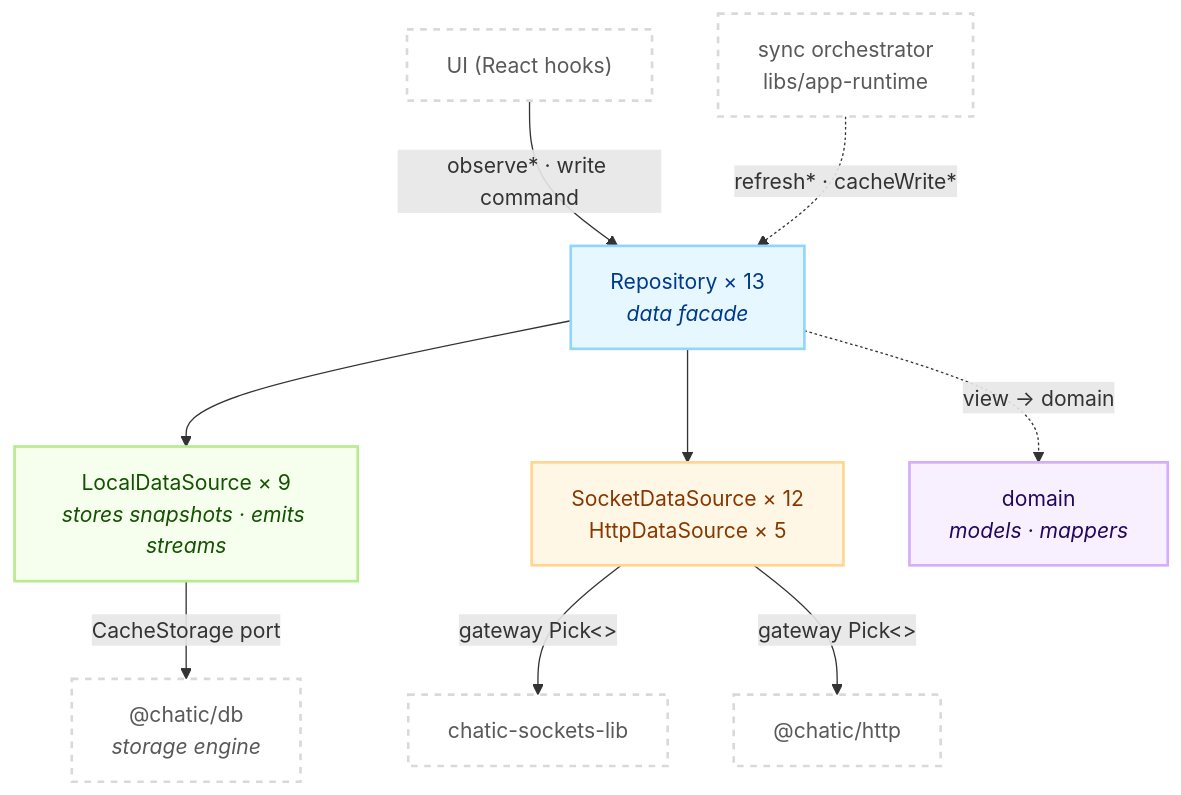
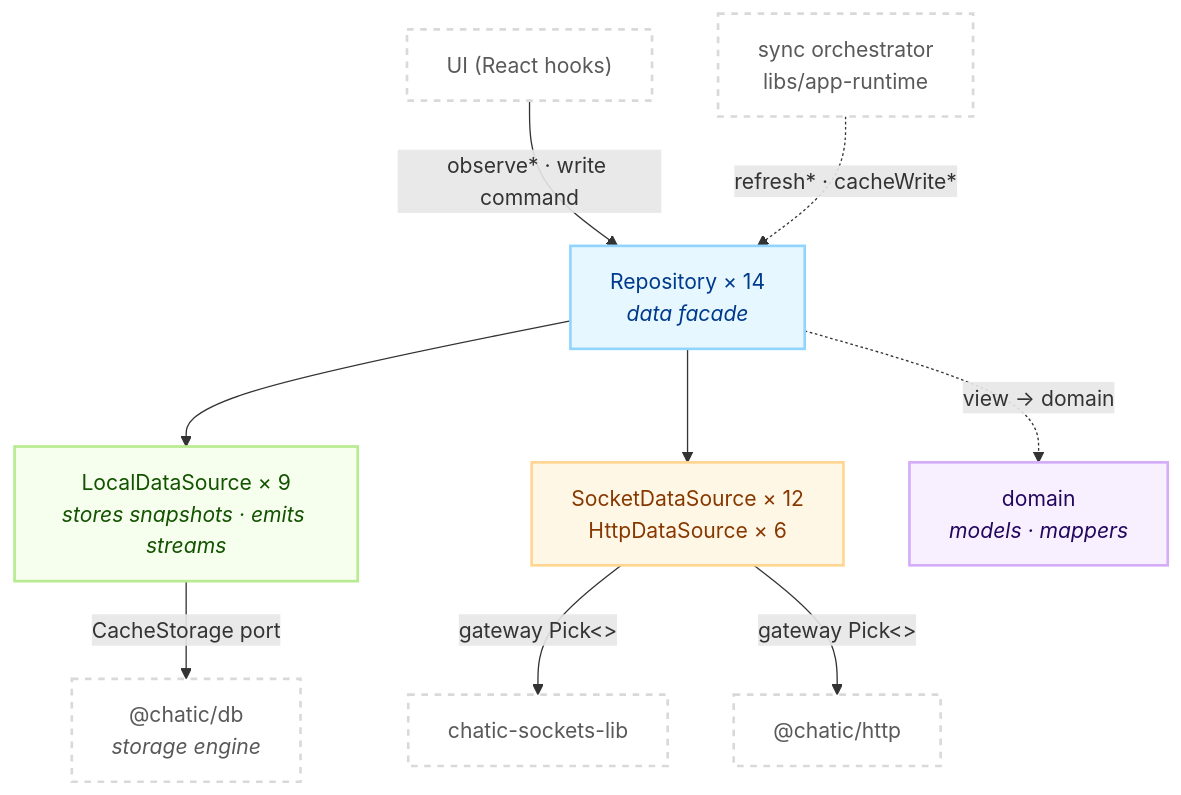
Before and after one commit to lemoncloud-io/dou-app: the first of 2 diagrams in libs/data/README.md, drawn with Mermaid. The commit also changed other lines of this file and 25 other files, not shown here.

First line of the commit message:
feat(http,data,app-runtime,config): add the pairing rest layer behind a dev-only flag

````diff
--- a/libs/data/README.md
+++ b/libs/data/README.md
@@ -50,29 +50,29 @@
 ```mermaid
 flowchart TD
     classDef repo fill:#e6f7ff,stroke:#91d5ff,stroke-width:2px,color:#003a8c;
     classDef local fill:#f6ffed,stroke:#b7eb8f,stroke-width:2px,color:#135200;
     classDef remote fill:#fff7e6,stroke:#ffd591,stroke-width:2px,color:#873800;
     classDef domain fill:#f9f0ff,stroke:#d3adf7,stroke-width:2px,color:#22075e;
     classDef ext fill:#ffffff,stroke:#d9d9d9,stroke-width:2px,color:#595959,stroke-dasharray: 5 5;
 
     UI["UI (React hooks)"]:::ext
     Sync["sync orchestrator<br/>libs/app-runtime"]:::ext
 
-    Repo["Repository × 13<br/><i>data facade</i>"]:::repo
+    Repo["Repository × 14<br/><i>data facade</i>"]:::repo
     Local["LocalDataSource × 9<br/><i>stores snapshots · emits streams</i>"]:::local
-    Remote["SocketDataSource × 12<br/>HttpDataSource × 5"]:::remote
+    Remote["SocketDataSource × 12<br/>HttpDataSource × 6"]:::remote
     Domain["domain<br/><i>models · mappers</i>"]:::domain
 
     DB["@chatic/db<br/><i>storage engine</i>"]:::ext
     Sock["chatic-sockets-lib"]:::ext
     Http["@chatic/http"]:::ext
 
     UI -->|"observe* · write command"| Repo
     Sync -.->|"refresh* · cacheWrite*"| Repo
     Repo --> Local
     Repo --> Remote
     Repo -.->|"view → domain"| Domain
     Local -->|"CacheStorage port"| DB
     Remote -->|"gateway Pick&lt;&gt;"| Sock
     Remote -->|"gateway Pick&lt;&gt;"| Http
 ```
````
